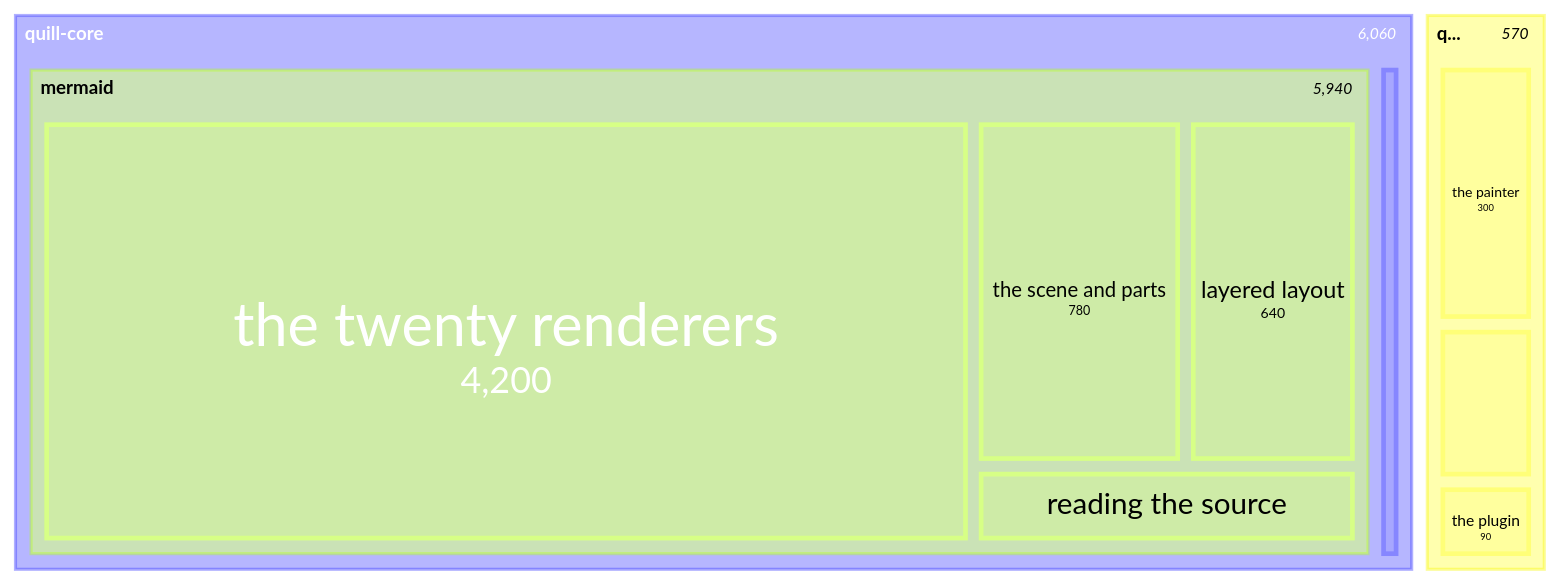
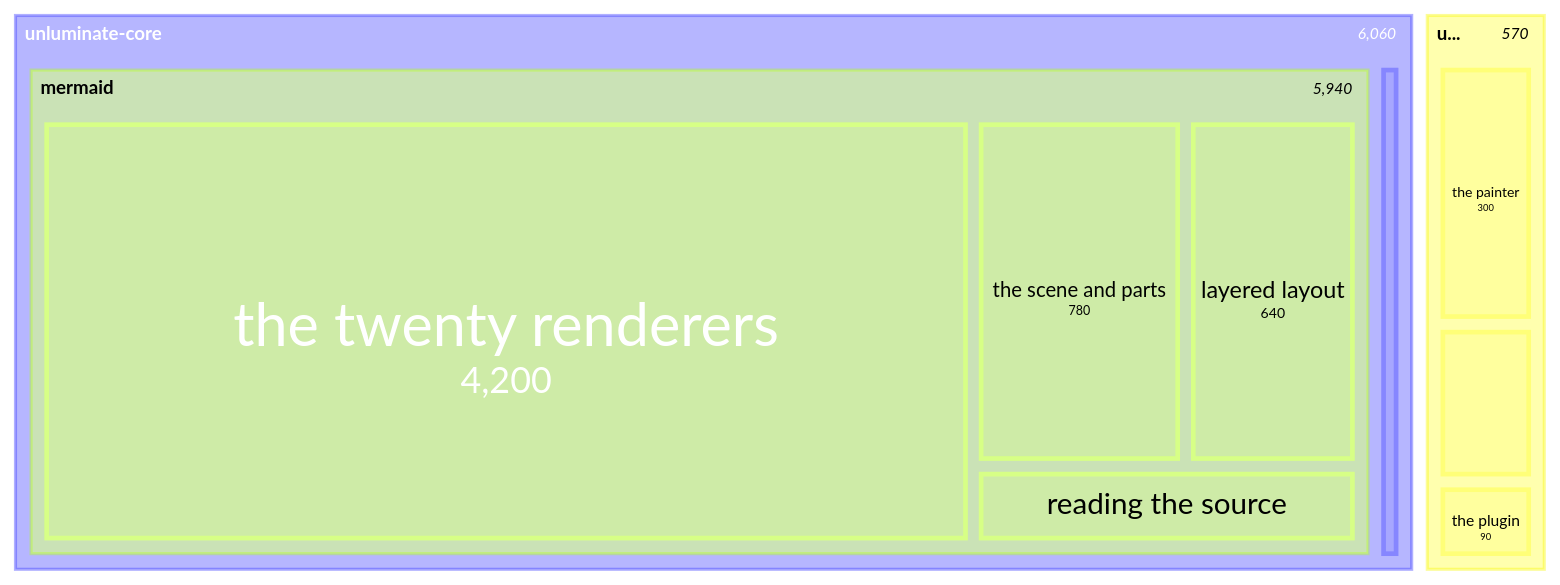
The diagram in sample-diagrams/treemap.mmd (Black-Rainbow-Labs/Unluminous), drawn with Mermaid before and after one commit. The commit also changed 1291 other files, not shown here.

First line of the commit message:
task-1800: rename Quill to Unluminate

```diff
--- a/sample-diagrams/treemap.mmd
+++ b/sample-diagrams/treemap.mmd
@@ -1,12 +1,12 @@
 treemap-beta
-"quill-core"
+"unluminate-core"
   "mermaid"
     "the twenty renderers": 4200
     "layered layout": 640
     "the scene and parts": 780
     "reading the source": 320
   "markdown": 120
-"quill-app"
+"unluminate-app"
   "the painter": 300
   "the scene cache": 180
   "the plugin": 90
```
